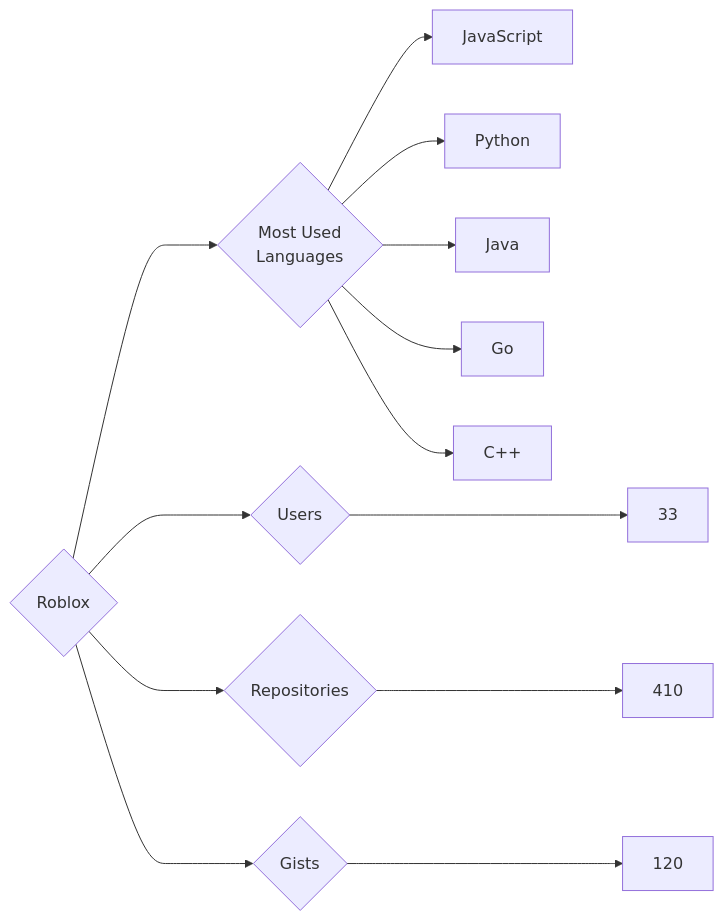
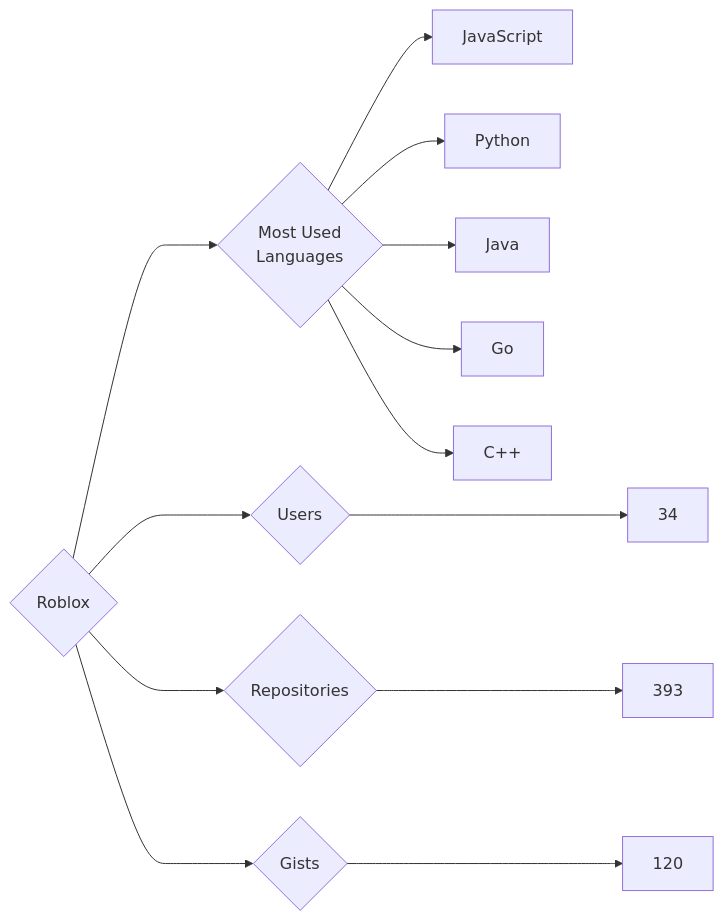
The diagram in targets/Roblox/README.md (trickest/insiders), drawn with Mermaid before and after one commit. The commit also changed 534 other files, not shown here.

````diff
--- a/targets/Roblox/README.md
+++ b/targets/Roblox/README.md
@@ -3,13 +3,13 @@
 ```mermaid
 graph LR
 COMPANY_NAME{Roblox}
-COMPANY_NAME ---> U{Users} ---> UN[33]
-COMPANY_NAME ---> R{Repositories} ---> RN[410]
+COMPANY_NAME ---> U{Users} ---> UN[34]
+COMPANY_NAME ---> R{Repositories} ---> RN[393]
 COMPANY_NAME ---> G{Gists} ---> GN[120]
 COMPANY_NAME ---> ML{Most Used<br>Languages}
 ML --> JavaScript[JavaScript]
 ML --> Python[Python]
 ML --> Java[Java]
 ML --> Go[Go]
 ML --> C++[C++]
 ```
````
